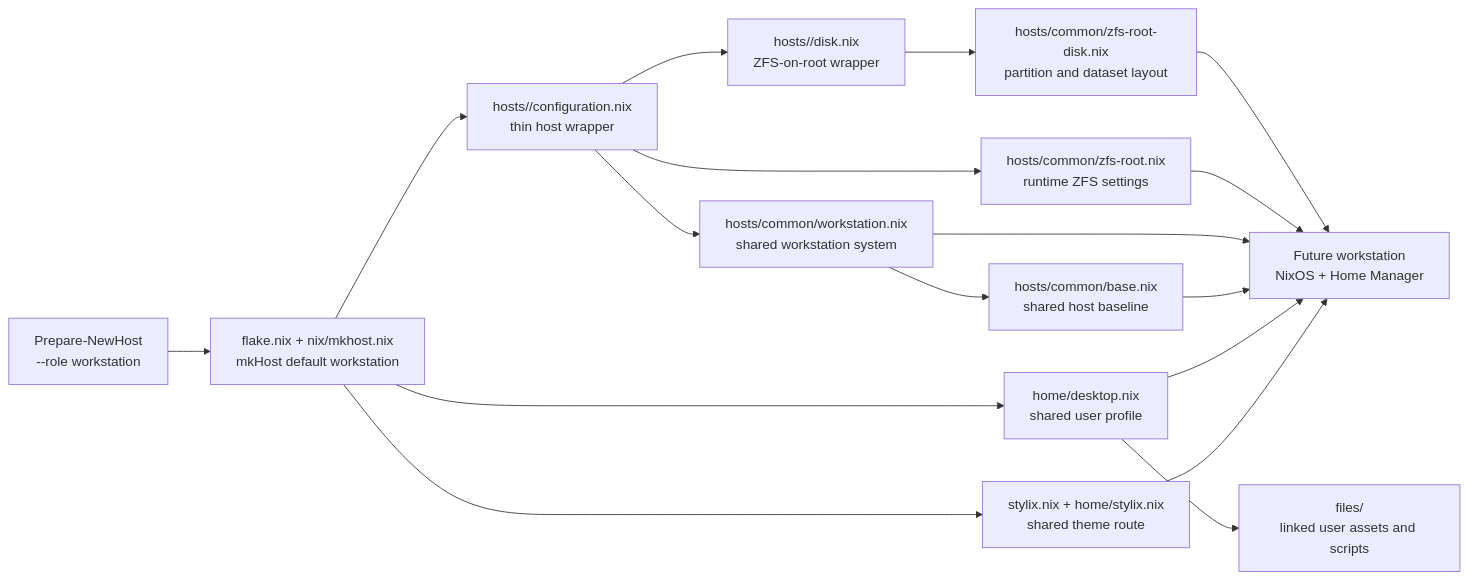
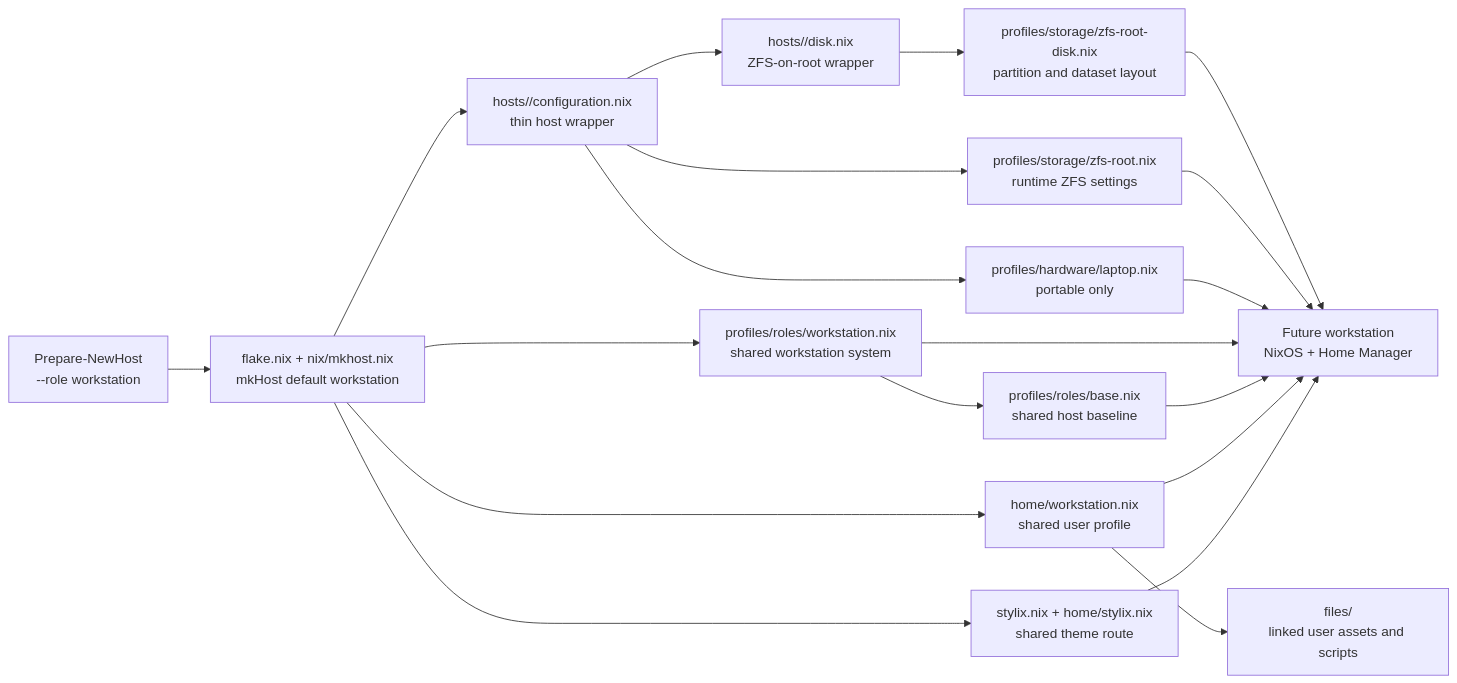
One commit to axler8r/nixotic changed the eighth of 8 diagrams in docs/workstation-configuration-route.md. Above: the diagram before and after it, drawn with Mermaid. The commit also changed other lines of this file and 5 other files, not shown here.

First line of the commit message:
docs(host): describe profiles/ layout and mkHost role injection

````diff
--- a/docs/workstation-configuration-route.md
+++ b/docs/workstation-configuration-route.md
@@ -328,33 +351,36 @@
 ```mermaid
 flowchart LR
     Prepare["Prepare-NewHost\n--role workstation"]
     Flake["flake.nix + nix/mkhost.nix\nmkHost default workstation"]
     Host["hosts/<hostname>/configuration.nix\nthin host wrapper"]
     Disk["hosts/<hostname>/disk.nix\nZFS-on-root wrapper"]
-    ZfsDisk["hosts/common/zfs-root-disk.nix\npartition and dataset layout"]
-    ZfsRuntime["hosts/common/zfs-root.nix\nruntime ZFS settings"]
-    Workstation["hosts/common/workstation.nix\nshared workstation system"]
-    Base["hosts/common/base.nix\nshared host baseline"]
-    Home["home/desktop.nix\nshared user profile"]
+    ZfsDisk["profiles/storage/zfs-root-disk.nix\npartition and dataset layout"]
+    ZfsRuntime["profiles/storage/zfs-root.nix\nruntime ZFS settings"]
+    Laptop["profiles/hardware/laptop.nix\nportable only"]
+    Workstation["profiles/roles/workstation.nix\nshared workstation system"]
+    Base["profiles/roles/base.nix\nshared host baseline"]
+    Home["home/workstation.nix\nshared user profile"]
     Files["files/\nlinked user assets and scripts"]
     Theme["stylix.nix + home/stylix.nix\nshared theme route"]
     System["Future workstation\nNixOS + Home Manager"]
 
     Prepare --> Flake
     Flake --> Host
     Host --> Disk
     Disk --> ZfsDisk
     Host --> ZfsRuntime
-    Host --> Workstation
+    Host --> Laptop
+    Flake --> Workstation
     Workstation --> Base
     Flake --> Home
     Home --> Files
     Flake --> Theme
 
     ZfsDisk --> System
     ZfsRuntime --> System
+    Laptop --> System
     Workstation --> System
     Base --> System
     Home --> System
     Theme --> System
 ```
````
